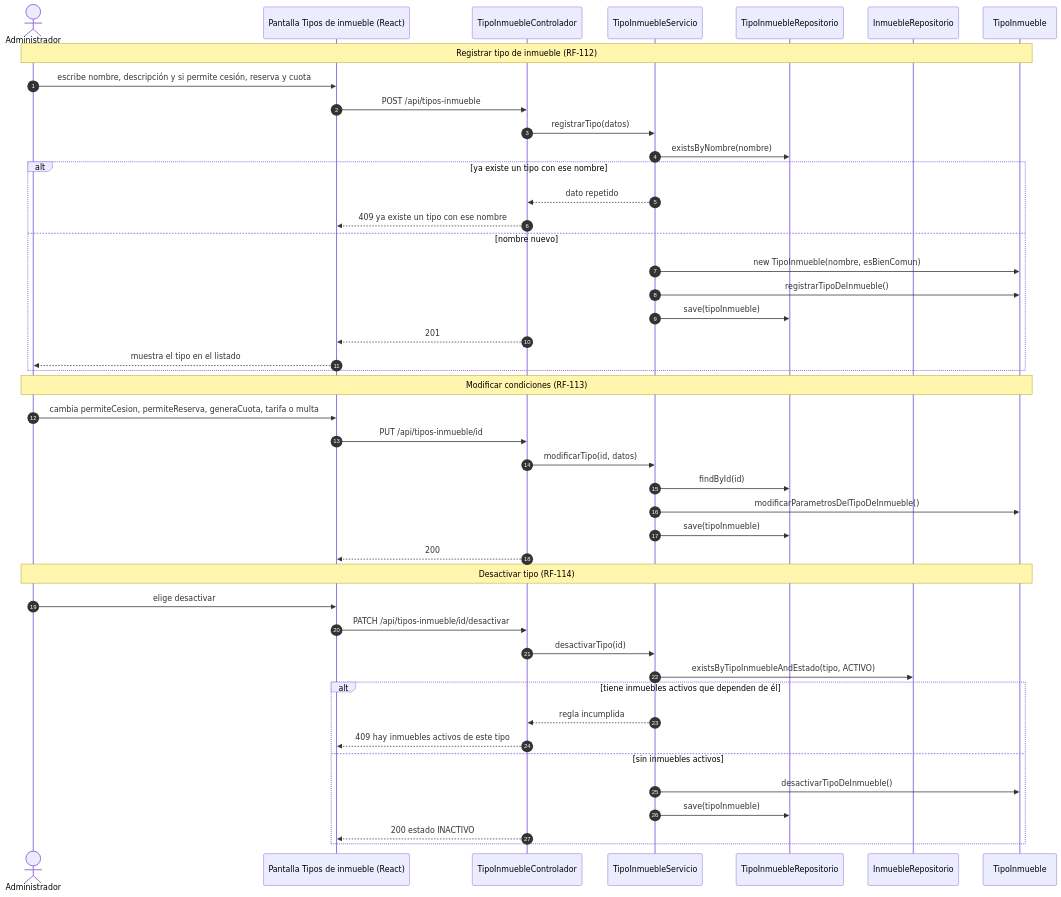
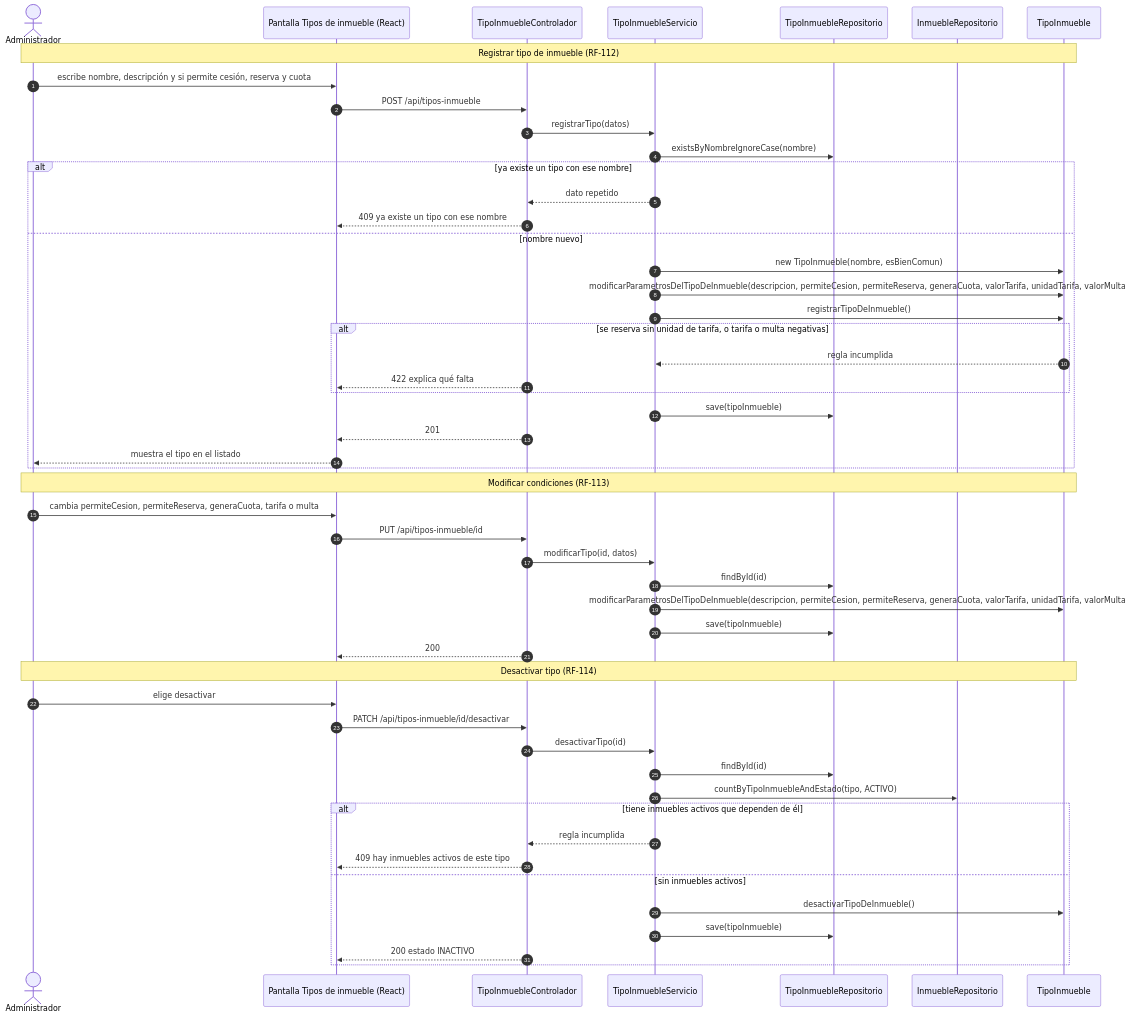
One commit to EstebanGutierrezPolo/convivir-diagramas changed the diagram in fuentes/secuencia/cu-19-gestionar-tipos-de-inmueble.mmd. Above: the diagram before and after it, drawn with Mermaid. The commit also changed 15 other files, not shown here.

Commit message:
docs: align class and sequence diagrams with the backend code

```diff
--- a/fuentes/secuencia/cu-19-gestionar-tipos-de-inmueble.mmd
+++ b/fuentes/secuencia/cu-19-gestionar-tipos-de-inmueble.mmd
@@ -1,49 +1,55 @@
 %% titulo: CU-19 Gestionar tipos de inmueble
 sequenceDiagram
     autonumber
     actor A as Administrador
     participant UI as Pantalla Tipos de inmueble (React)
     participant Ctl as TipoInmuebleControlador
     participant Srv as TipoInmuebleServicio
     participant Repo as TipoInmuebleRepositorio
     participant RM as InmuebleRepositorio
     participant T as TipoInmueble
 
     Note over A,T: Registrar tipo de inmueble (RF-112)
     A->>UI: escribe nombre, descripción y si permite cesión, reserva y cuota
     UI->>Ctl: POST /api/tipos-inmueble
     Ctl->>Srv: registrarTipo(datos)
-    Srv->>Repo: existsByNombre(nombre)
+    Srv->>Repo: existsByNombreIgnoreCase(nombre)
     alt ya existe un tipo con ese nombre
         Srv-->>Ctl: dato repetido
         Ctl-->>UI: 409 ya existe un tipo con ese nombre
     else nombre nuevo
         Srv->>T: new TipoInmueble(nombre, esBienComun)
+        Srv->>T: modificarParametrosDelTipoDeInmueble(descripcion, permiteCesion, permiteReserva, generaCuota, valorTarifa, unidadTarifa, valorMulta)
         Srv->>T: registrarTipoDeInmueble()
+        alt se reserva sin unidad de tarifa, o tarifa o multa negativas
+            T-->>Srv: regla incumplida
+            Ctl-->>UI: 422 explica qué falta
+        end
         Srv->>Repo: save(tipoInmueble)
         Ctl-->>UI: 201
         UI-->>A: muestra el tipo en el listado
     end
 
     Note over A,T: Modificar condiciones (RF-113)
     A->>UI: cambia permiteCesion, permiteReserva, generaCuota, tarifa o multa
     UI->>Ctl: PUT /api/tipos-inmueble/id
     Ctl->>Srv: modificarTipo(id, datos)
     Srv->>Repo: findById(id)
-    Srv->>T: modificarParametrosDelTipoDeInmueble()
+    Srv->>T: modificarParametrosDelTipoDeInmueble(descripcion, permiteCesion, permiteReserva, generaCuota, valorTarifa, unidadTarifa, valorMulta)
     Srv->>Repo: save(tipoInmueble)
     Ctl-->>UI: 200
 
     Note over A,T: Desactivar tipo (RF-114)
     A->>UI: elige desactivar
     UI->>Ctl: PATCH /api/tipos-inmueble/id/desactivar
     Ctl->>Srv: desactivarTipo(id)
-    Srv->>RM: existsByTipoInmuebleAndEstado(tipo, ACTIVO)
+    Srv->>Repo: findById(id)
+    Srv->>RM: countByTipoInmuebleAndEstado(tipo, ACTIVO)
     alt tiene inmuebles activos que dependen de él
         Srv-->>Ctl: regla incumplida
         Ctl-->>UI: 409 hay inmuebles activos de este tipo
     else sin inmuebles activos
         Srv->>T: desactivarTipoDeInmueble()
         Srv->>Repo: save(tipoInmueble)
         Ctl-->>UI: 200 estado INACTIVO
     end
```
